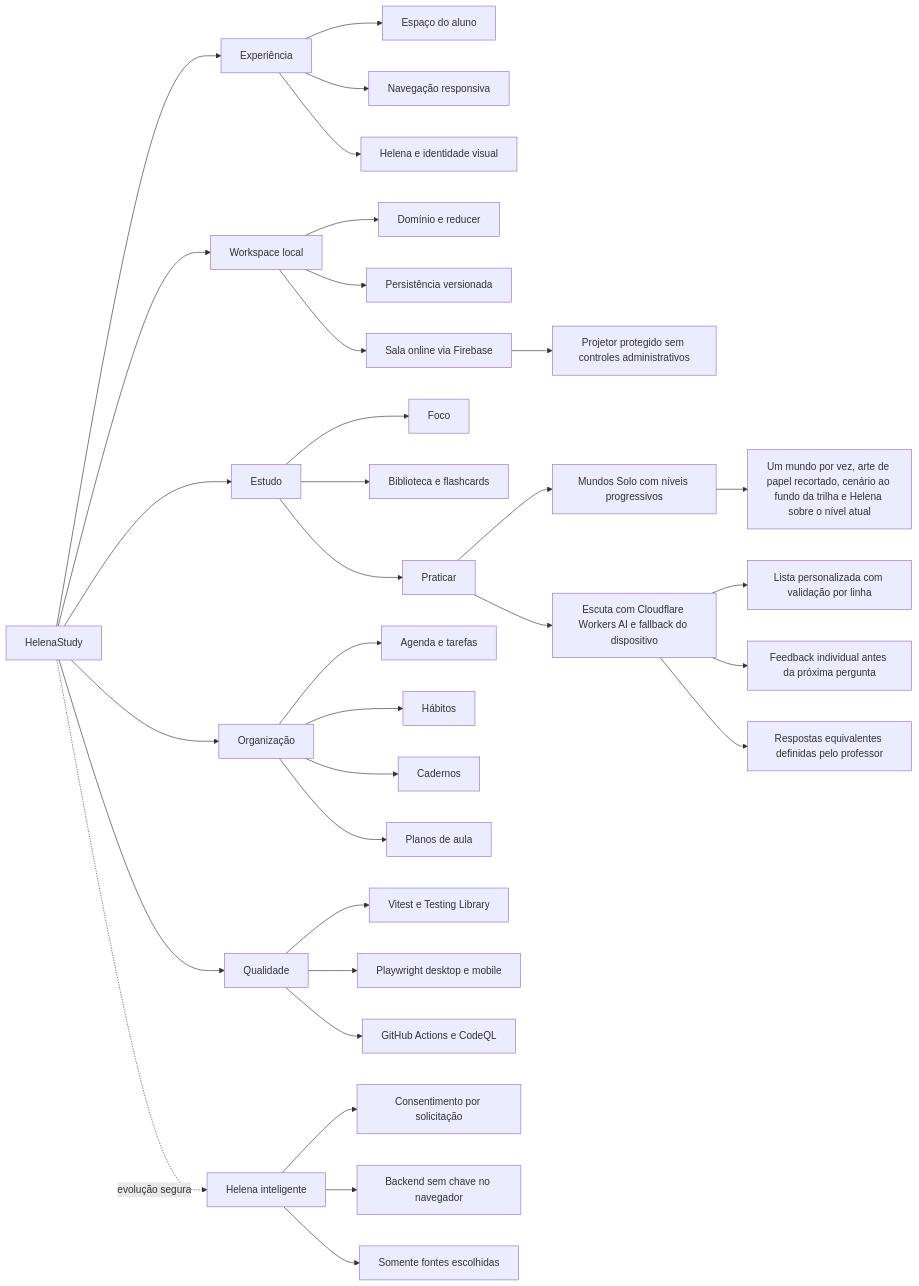
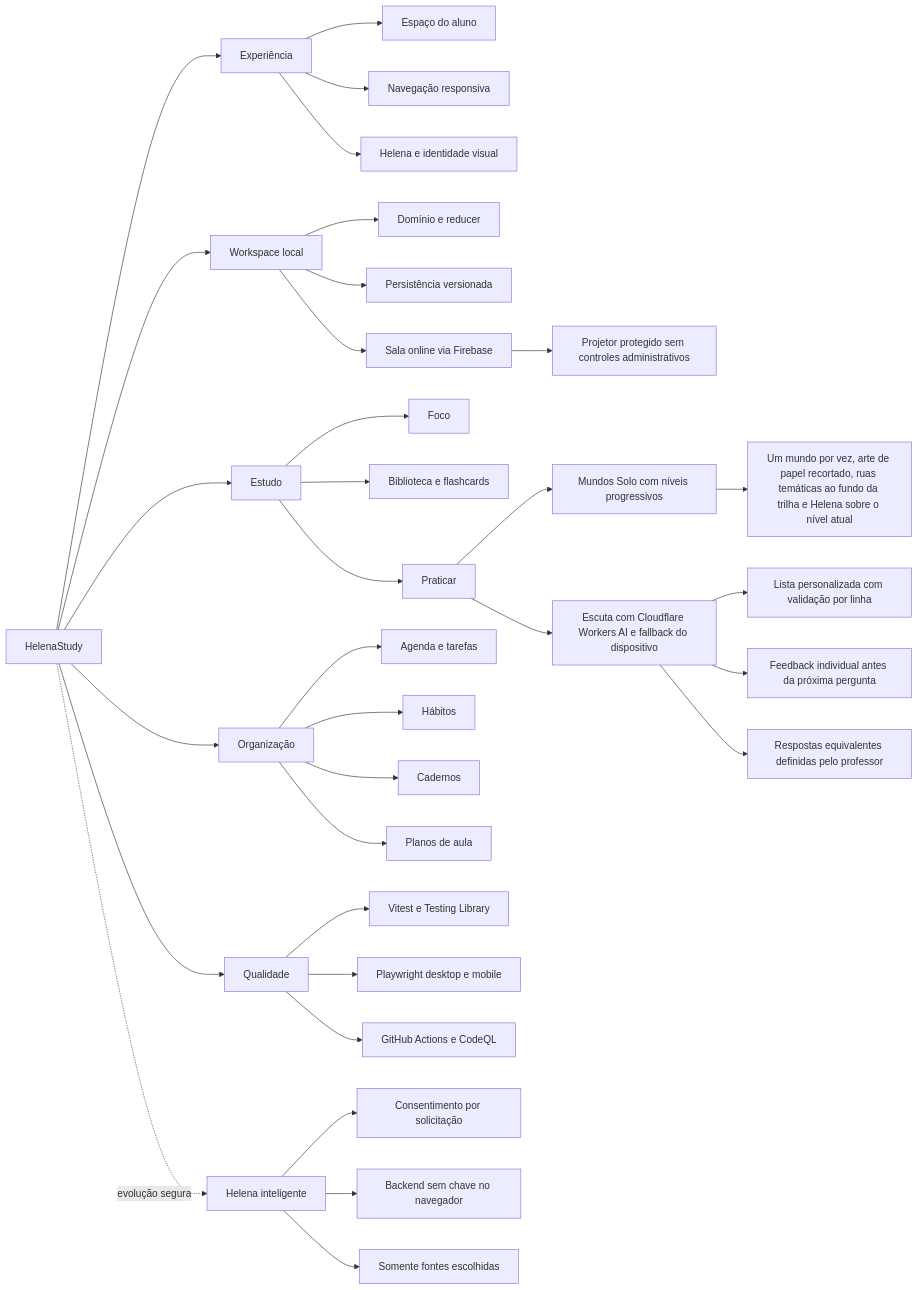
One commit to olive644/helenastudy changed the diagram in docs/SECOND_BRAIN.md. Above: the diagram before and after it, drawn with Mermaid. The commit also changed 5 other files, not shown here.

````diff
--- a/docs/SECOND_BRAIN.md
+++ b/docs/SECOND_BRAIN.md
@@ -77,41 +77,41 @@
 ```mermaid
 flowchart LR
   HS[HelenaStudy] --> UX[Experiência]
   HS --> DATA[Workspace local]
   HS --> STUDY[Estudo]
   HS --> ORG[Organização]
   HS --> QUALITY[Qualidade]
   HS -. evolução segura .-> INTEL[Helena inteligente]
 
   UX --> TODAY[Espaço do aluno]
   UX --> NAV[Navegação responsiva]
   UX --> BRAND[Helena e identidade visual]
 
   DATA --> DOMAIN[Domínio e reducer]
   DATA --> STORAGE[Persistência versionada]
   DATA --> ROOM[Sala online via Firebase]
 
   STUDY --> FOCUS[Foco]
   STUDY --> LIB[Biblioteca e flashcards]
   STUDY --> PRACTICE[Praticar]
   PRACTICE --> WORLDS[Mundos Solo com níveis progressivos]
-  WORLDS --> MOTION[Um mundo por vez, arte de papel recortado, cenário ao fundo da trilha e Helena sobre o nível atual]
+  WORLDS --> MOTION[Um mundo por vez, arte de papel recortado, ruas temáticas ao fundo da trilha e Helena sobre o nível atual]
   PRACTICE --> LISTEN[Escuta com Cloudflare Workers AI e fallback do dispositivo]
   LISTEN --> CUSTOM[Lista personalizada com validação por linha]
   LISTEN --> FEEDBACK[Feedback individual antes da próxima pergunta]
   ROOM --> PROJECTOR[Projetor protegido sem controles administrativos]
   LISTEN --> ALIASES[Respostas equivalentes definidas pelo professor]
 
   ORG --> PLAN[Agenda e tarefas]
   ORG --> HABITS[Hábitos]
   ORG --> NOTES[Cadernos]
   ORG --> LESSON[Planos de aula]
 
   QUALITY --> UNIT[Vitest e Testing Library]
   QUALITY --> E2E[Playwright desktop e mobile]
   QUALITY --> CI[GitHub Actions e CodeQL]
 
   INTEL --> CONSENT[Consentimento por solicitação]
   INTEL --> BACKEND[Backend sem chave no navegador]
   INTEL --> SOURCES[Somente fontes escolhidas]
 ```
````
